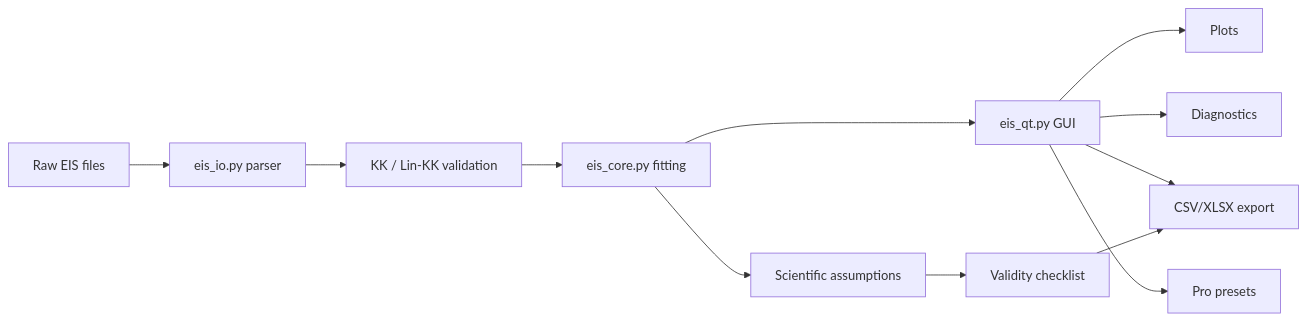
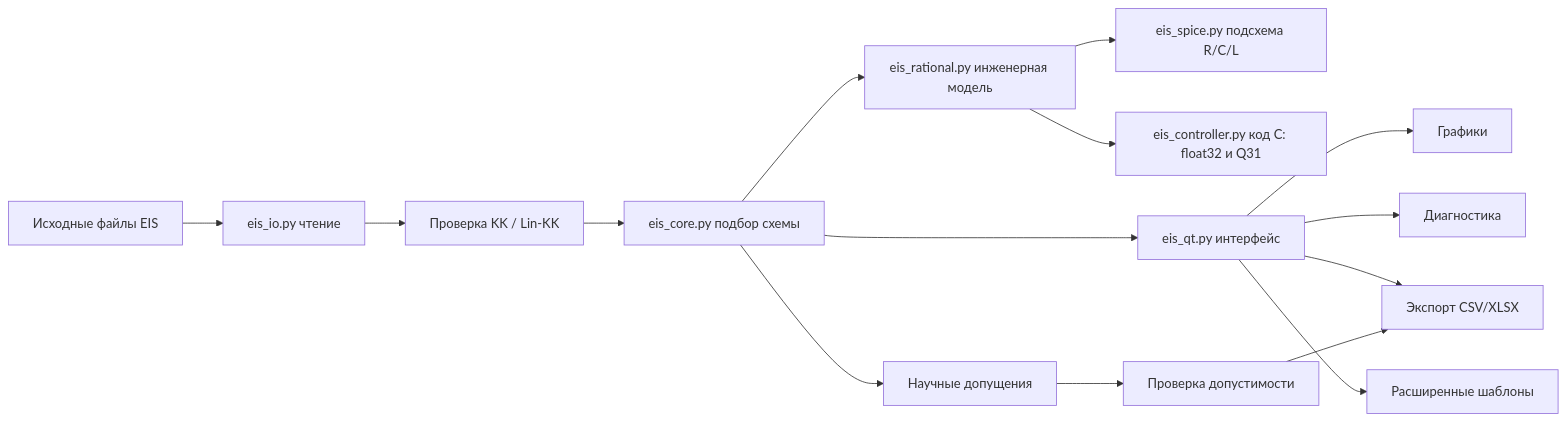
The diagram in docs/EIS Solver Vault/00 Start Here.md (stpntrsvv/eis), drawn with Mermaid before and after one commit. The commit also changed other lines of this file and 61 other files, not shown here.

````diff
--- a/docs/EIS Solver Vault/00 Start Here.md
+++ b/docs/EIS Solver Vault/00 Start Here.md
@@ -68,14 +71,17 @@
 ```mermaid
 flowchart LR
-    A[Raw EIS files] --> B[eis_io.py parser]
-    B --> K[KK / Lin-KK validation]
-    K --> C[eis_core.py fitting]
-    C --> D[eis_qt.py GUI]
-    D --> E[Plots]
-    D --> F[Diagnostics]
-    D --> G[CSV/XLSX export]
-    D --> H[Pro presets]
-    C --> I[Scientific assumptions]
-    I --> J[Validity checklist]
+    A[Исходные файлы EIS] --> B[eis_io.py чтение]
+    B --> K[Проверка KK / Lin-KK]
+    K --> C[eis_core.py подбор схемы]
+    C --> S[eis_rational.py инженерная модель]
+    S --> P[eis_spice.py подсхема R/C/L]
+    S --> M[eis_controller.py код C: float32 и Q31]
+    C --> D[eis_qt.py интерфейс]
+    D --> E[Графики]
+    D --> F[Диагностика]
+    D --> G[Экспорт CSV/XLSX]
+    D --> H[Расширенные шаблоны]
+    C --> I[Научные допущения]
+    I --> J[Проверка допустимости]
     J --> G
 ```
````
